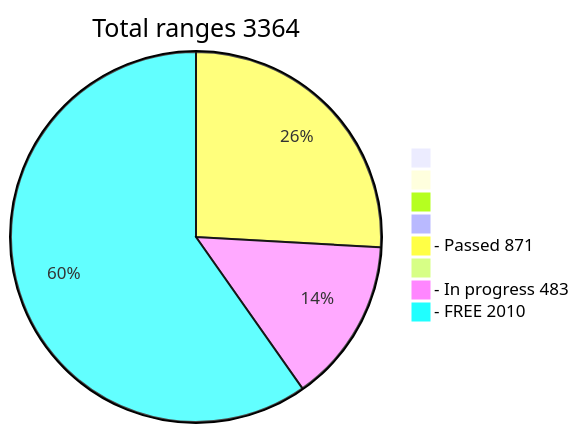
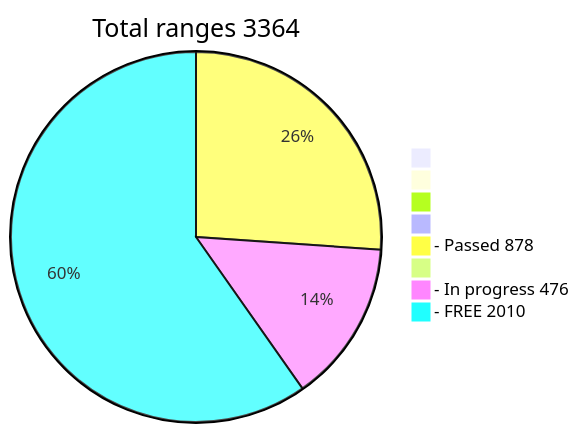
One commit to phrutis/wif500 changed the diagram in README.md. Above: the diagram before and after it, drawn with Mermaid.

````diff
--- a/README.md
+++ b/README.md
@@ -16,11 +16,11 @@
 ```mermaid
 pie title Total ranges 3364
              " " : 0
             "  " : 0
            "   " : 0
           "    " : 0
-  "- Passed 871" : 871
+  "- Passed 878" : 878
          "     " : 0
-  "- In progress 483" : 483
+  "- In progress 476" : 476
    "- FREE 2010" : 2010
 ```
````
